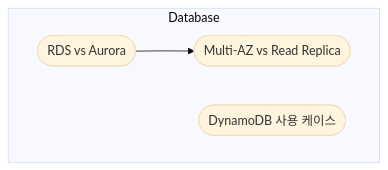
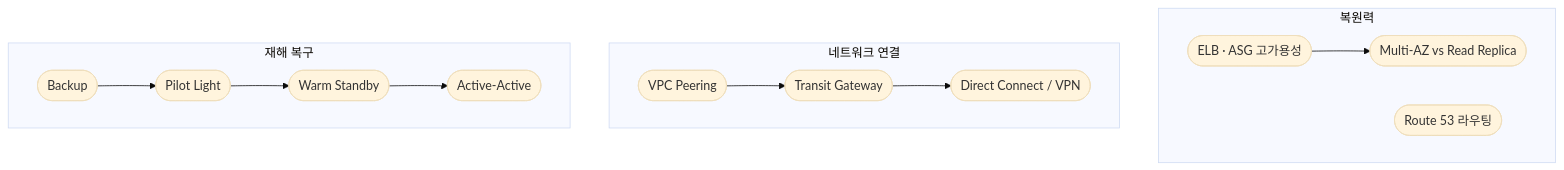
The second of 4 diagrams in public/handbook/saa/overview.md (gwonmin/QuizNox_front), drawn with Mermaid (base theme) before and after one commit. The commit also changed other lines of this file and 125 other files, not shown here.

````diff
--- a/public/handbook/saa/overview.md
+++ b/public/handbook/saa/overview.md
@@ -23,10 +72,23 @@
 ```mermaid
 flowchart TB
-  subgraph db [Database]
-    RD([RDS vs Aurora])
+  subgraph resilience [복원력]
+    EL([ELB · ASG 고가용성])
     MR([Multi-AZ vs Read Replica])
-    DY([DynamoDB 사용 케이스])
+    R53([Route 53 라우팅])
   end
-  RD --> MR
-  DY
+  subgraph network [네트워크 연결]
+    VP([VPC Peering])
+    TG([Transit Gateway])
+    DX([Direct Connect / VPN])
+  end
+  subgraph dr [재해 복구]
+    BK([Backup])
+    PL([Pilot Light])
+    WS([Warm Standby])
+    AA([Active-Active])
+  end
+  EL --> MR
+  R53
+  VP --> TG --> DX
+  BK --> PL --> WS --> AA
 ```
````
